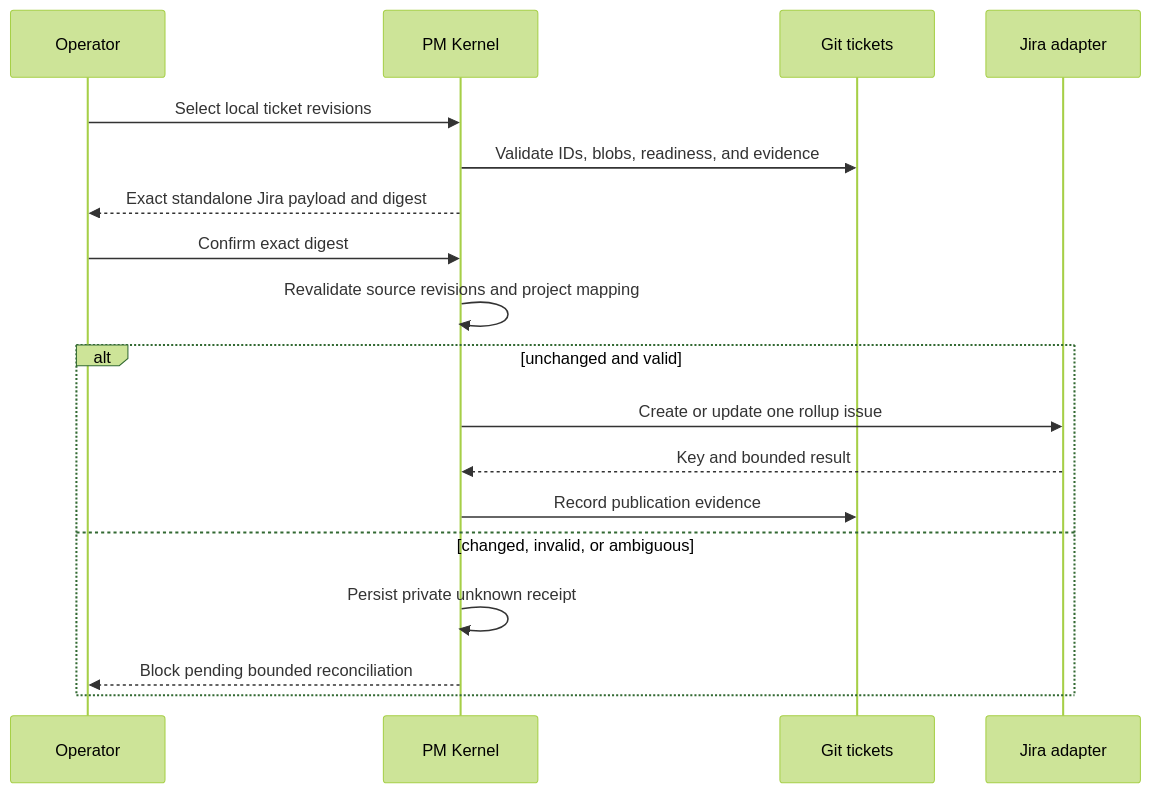
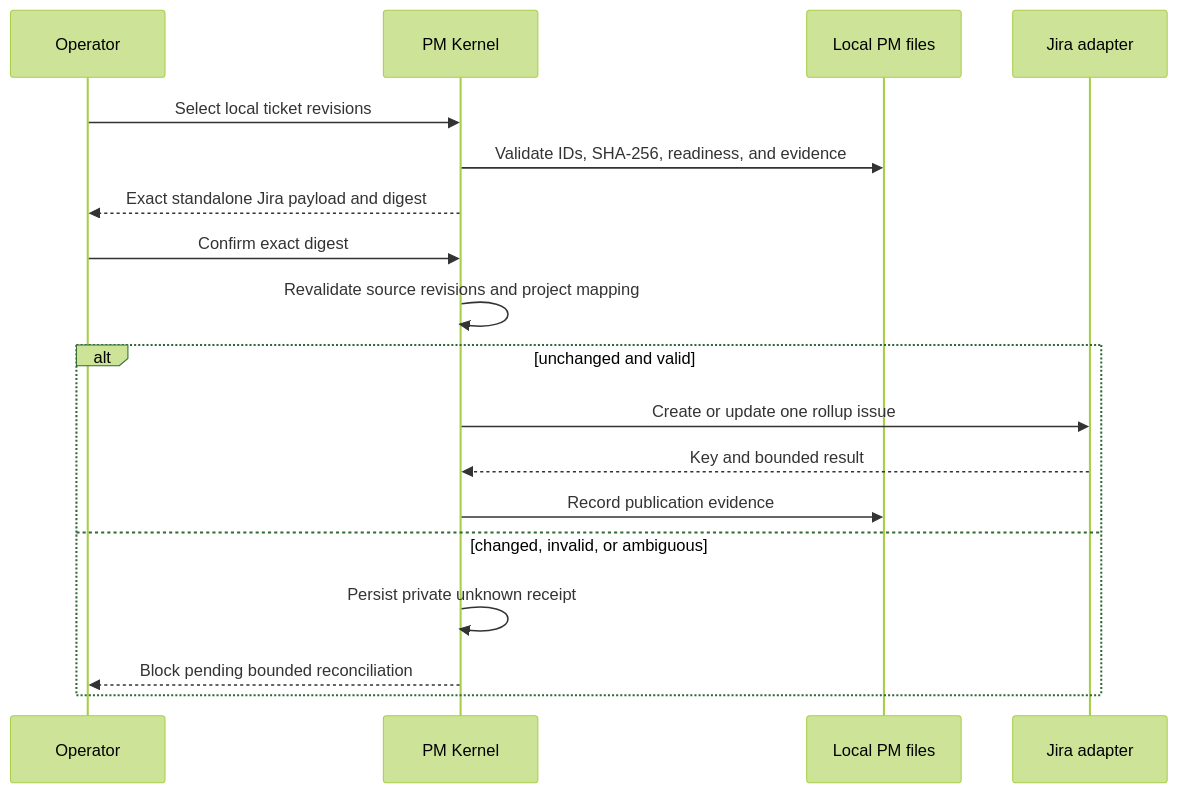
The third of 4 diagrams in docs/specs/pm_kernel/README.md (Saltiola7/dotfiles-ai), drawn with Mermaid (forest theme) before and after one commit. The commit also changed other lines of this file and 19 other files, not shown here.

````diff
--- a/docs/specs/pm_kernel/README.md
+++ b/docs/specs/pm_kernel/README.md
@@ -487,22 +487,22 @@
 ```mermaid
 sequenceDiagram
     accTitle: Approval-gated Jira rollup publication
     accDescr: The operator selects exact local revisions, Jira refinement creates a complete standalone rollup, pmctl validates the project mapping and emits a payload digest, and only an exact matching confirmation permits one adapter write and local evidence recording.
     participant O as Operator
     participant P as PM Kernel
-    participant G as Git tickets
+    participant G as Local PM files
     participant J as Jira adapter
     O->>P: Select local ticket revisions
-    P->>G: Validate IDs, blobs, readiness, and evidence
+    P->>G: Validate IDs, SHA-256, readiness, and evidence
     P-->>O: Exact standalone Jira payload and digest
     O->>P: Confirm exact digest
     P->>P: Revalidate source revisions and project mapping
     alt unchanged and valid
         P->>J: Create or update one rollup issue
         J-->>P: Key and bounded result
         P->>G: Record publication evidence
     else changed, invalid, or ambiguous
         P->>P: Persist private unknown receipt
         P-->>O: Block pending bounded reconciliation
     end
 ```
````
